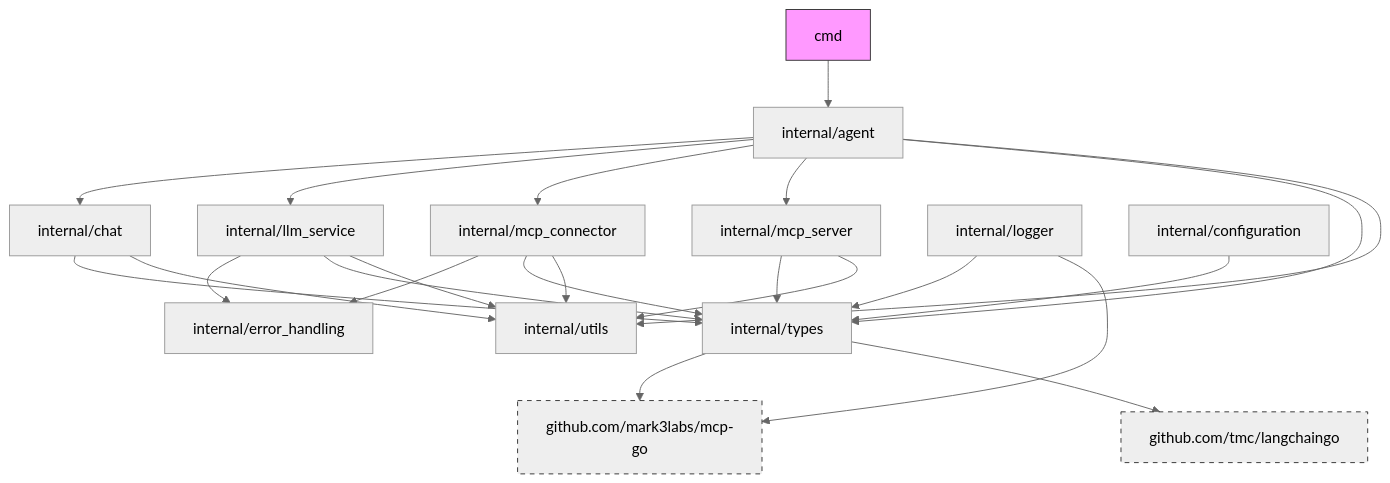
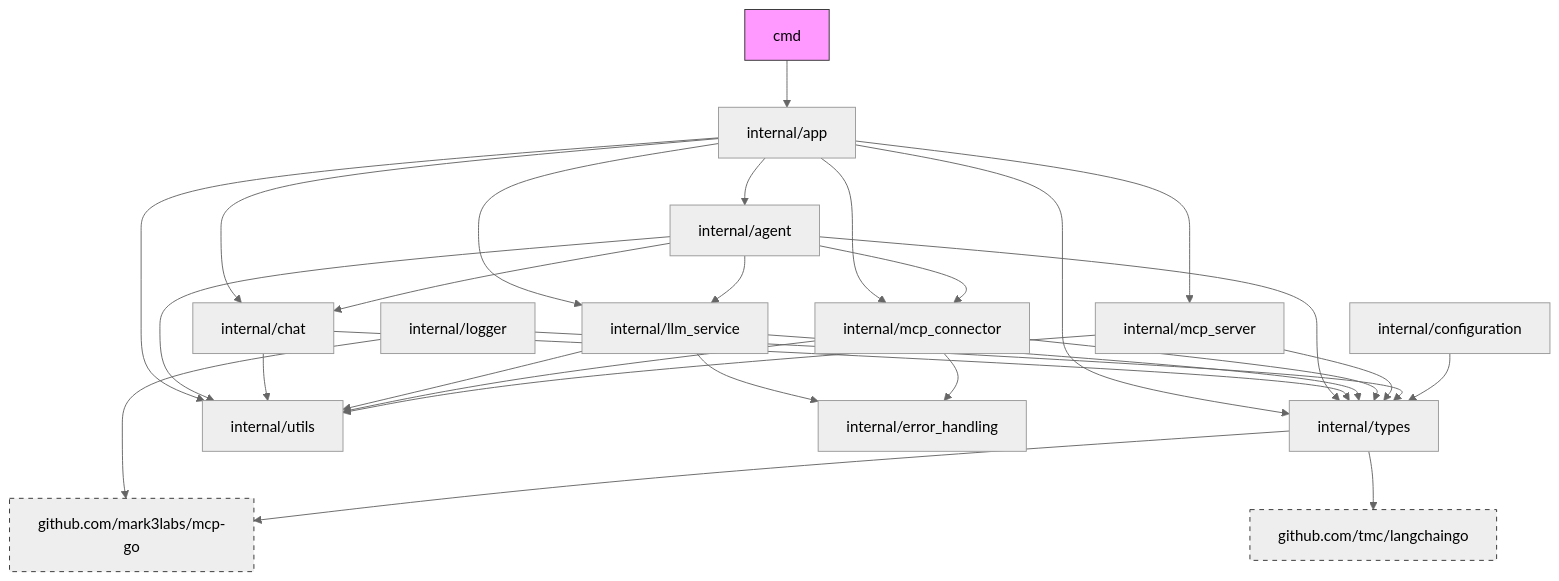
One commit to korchasa/speelka-agent changed the diagram in documents/file_structure.md. Above: the diagram before and after it, drawn with Mermaid (neutral theme). The commit also changed other lines of this file and 20 other files, not shown here.

Commit message:
feat(app): refactor app and agent for improved separation of concerns

````diff
--- a/documents/file_structure.md
+++ b/documents/file_structure.md
@@ -24,28 +24,34 @@
 ```mermaid
 flowchart TD
-    cmd-->internal/agent
+    cmd-->internal/app
+    internal/app-->internal/agent
+    internal/app-->internal/chat
+    internal/app-->internal/llm_service
+    internal/app-->internal/mcp_connector
+    internal/app-->internal/mcp_server
+    internal/app-->internal/types
+    internal/app-->internal/utils
     internal/agent-->internal/chat
     internal/agent-->internal/llm_service
     internal/agent-->internal/mcp_connector
-    internal/agent-->internal/mcp_server
     internal/agent-->internal/types
     internal/agent-->internal/utils
     internal/chat-->internal/types
     internal/chat-->internal/utils
     internal/llm_service-->internal/error_handling
     internal/llm_service-->internal/types
     internal/llm_service-->internal/utils
     internal/mcp_connector-->internal/error_handling
     internal/mcp_connector-->internal/types
     internal/mcp_connector-->internal/utils
     internal/mcp_server-->internal/types
     internal/mcp_server-->internal/utils
     internal/logger-->internal/types
     internal/logger-->external_mcp
     internal/configuration-->internal/types
     internal/types-->external_mcp[github.com/mark3labs/mcp-go]
     internal/types-->external_llm[github.com/tmc/langchaingo]
     style cmd fill:#f9f,stroke:#333
     style external_mcp fill:#eee,stroke:#333,stroke-dasharray: 5 5
     style external_llm fill:#eee,stroke:#333,stroke-dasharray: 5 5
 ```
````
